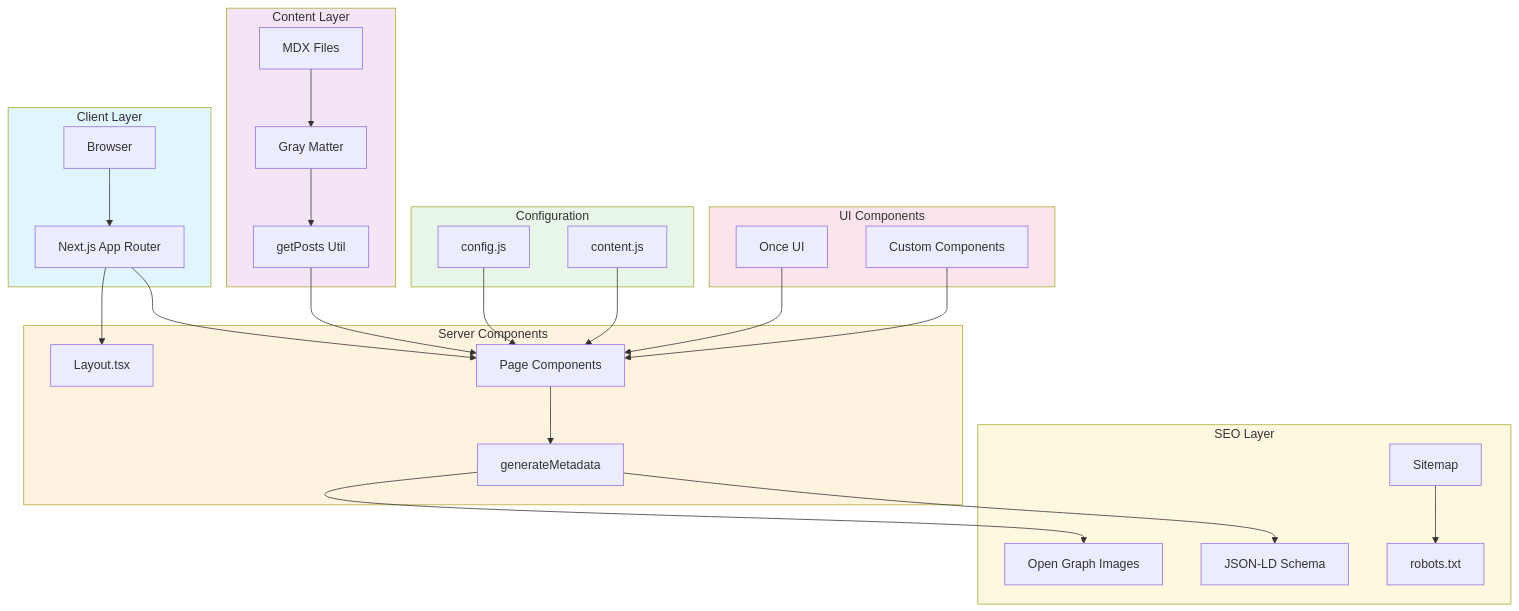
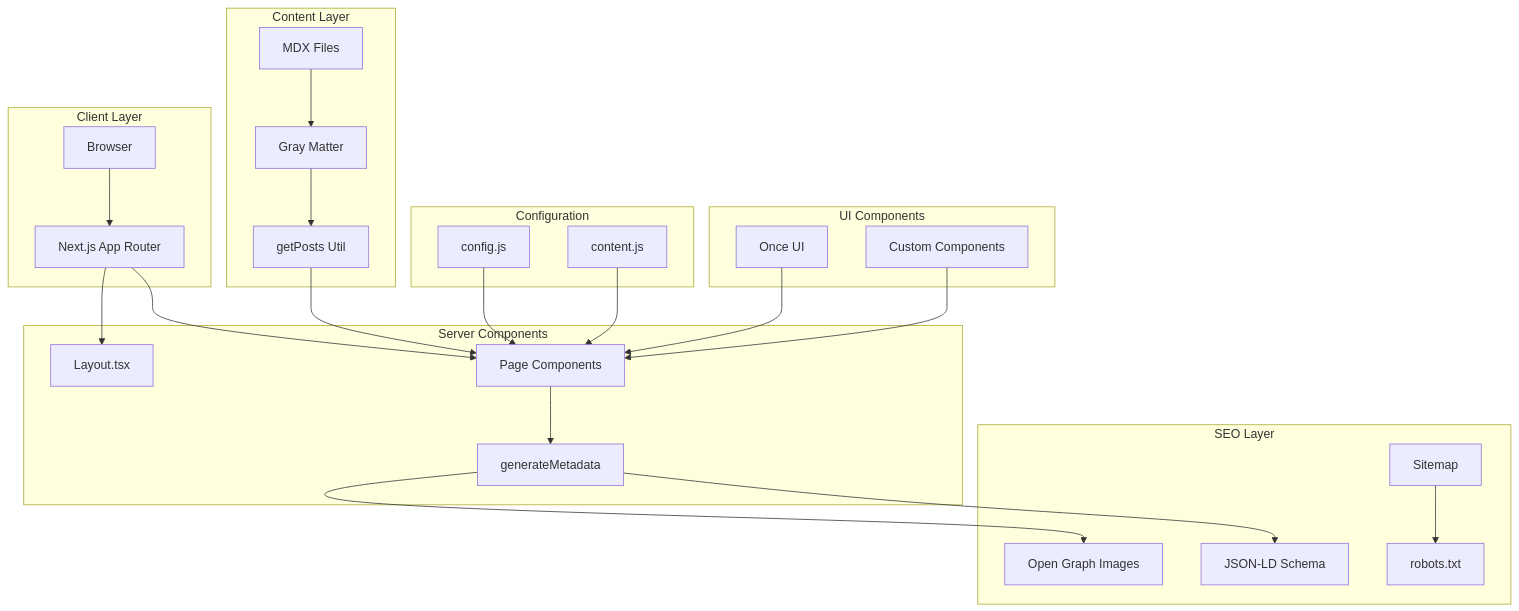
One commit to Mausam-Backup/Mausam06 changed the second of 6 diagrams in README.md. Above: the diagram before and after it, drawn with Mermaid. The commit also changed other lines of this file, not shown here.

````diff
--- a/README.md
+++ b/README.md
@@ -130,41 +126,35 @@
 ```mermaid
 flowchart TB
     subgraph Client["Client Layer"]
         A[Browser] --> B[Next.js App Router]
     end
 
     subgraph Server["Server Components"]
         B --> C[Layout.tsx]
         B --> D[Page Components]
         D --> E[generateMetadata]
     end
 
     subgraph Content["Content Layer"]
         F[MDX Files] --> G[Gray Matter]
         G --> H[getPosts Util]
         H --> D
     end
 
     subgraph Resources["Configuration"]
         I[config.js] --> D
         J[content.js] --> D
     end
 
     subgraph Components["UI Components"]
         K[Once UI] --> D
         L[Custom Components] --> D
     end
 
     subgraph SEO["SEO Layer"]
         E --> M[Open Graph Images]
         E --> N[JSON-LD Schema]
         O[Sitemap] --> P[robots.txt]
     end
 
-    style Client fill:#e1f5ff
-    style Server fill:#fff3e0
-    style Content fill:#f3e5f5
-    style Resources fill:#e8f5e9
-    style Components fill:#fce4ec
-    style SEO fill:#fff8e1
 ```
````
